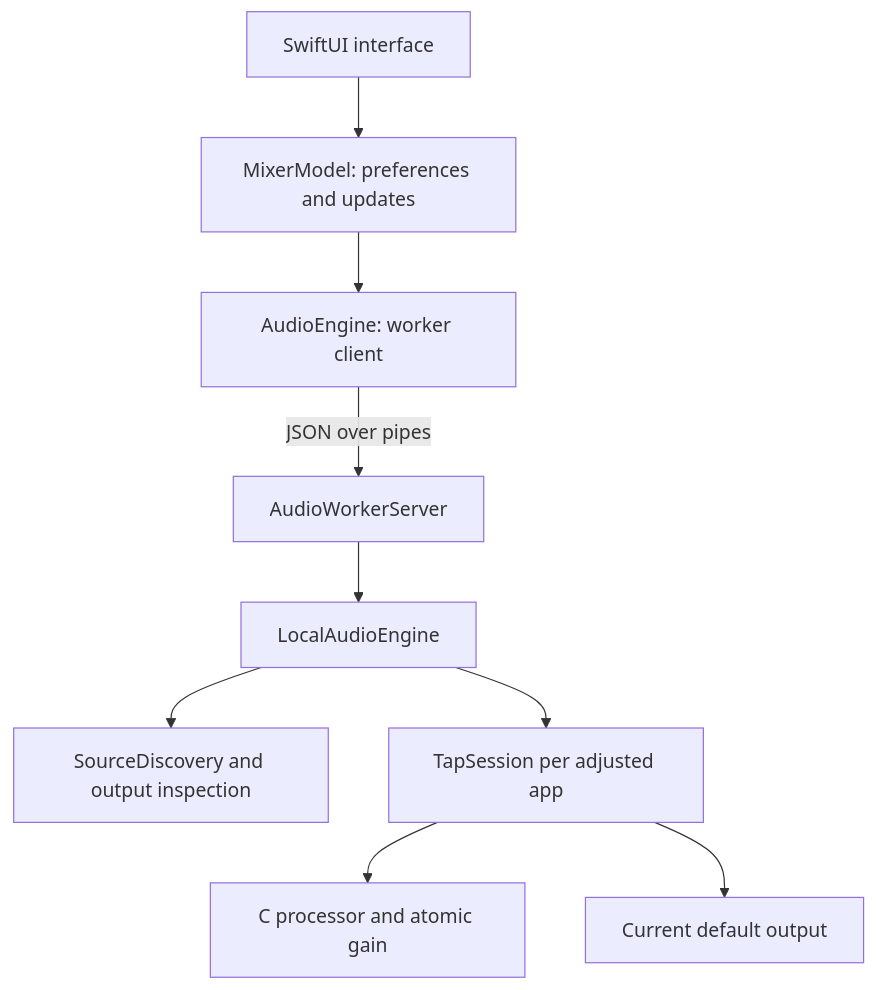
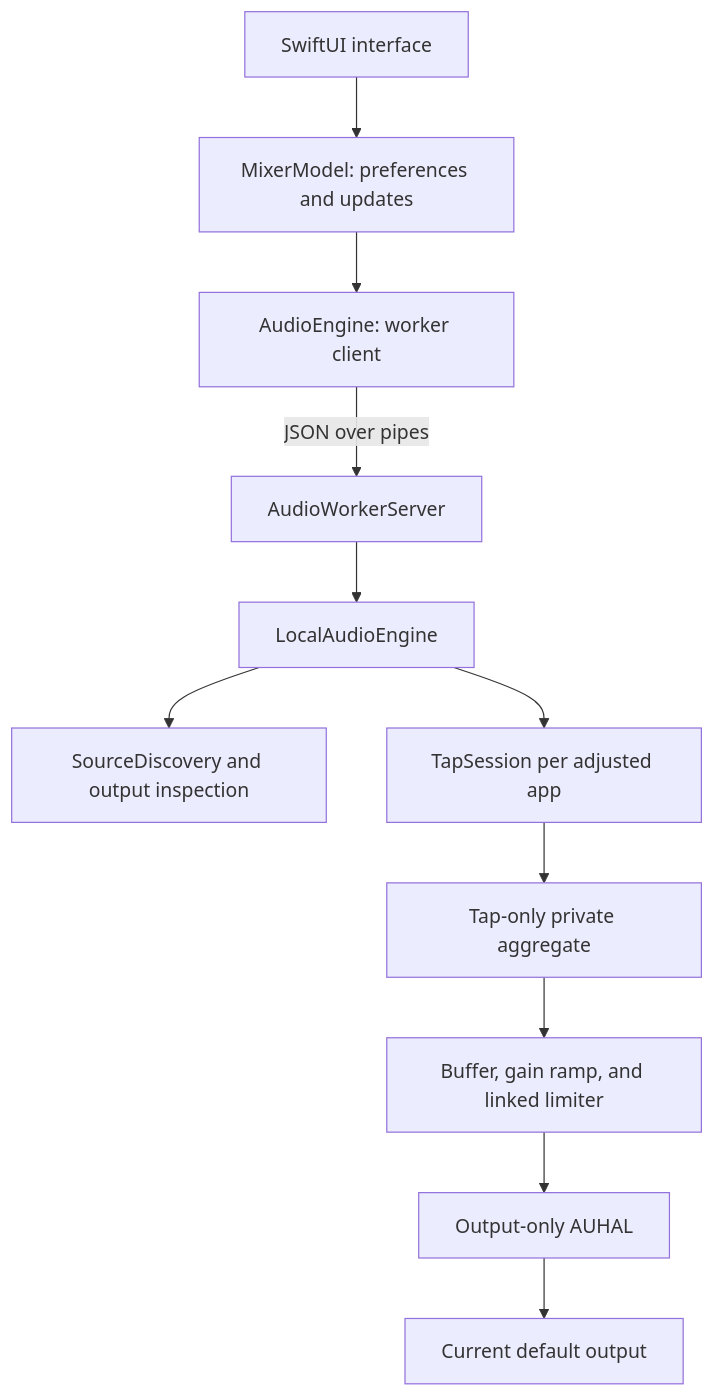
The diagram in docs/CASE_STUDY.md (HermanLL66/ai-app-building-playbook), drawn with Mermaid before and after one commit. The commit also changed other lines of this file and 32 other files, not shown here.

First line of the commit message:
Document iterative AI development with refined mixer and output-only backend

````diff
--- a/docs/CASE_STUDY.md
+++ b/docs/CASE_STUDY.md
@@ -11,11 +17,13 @@
 ```mermaid
 flowchart TD
     UI[SwiftUI interface] --> Model[MixerModel: preferences and updates]
     Model --> Client[AudioEngine: worker client]
     Client -->|JSON over pipes| Worker[AudioWorkerServer]
     Worker --> Engine[LocalAudioEngine]
     Engine --> Discovery[SourceDiscovery and output inspection]
     Engine --> Session[TapSession per adjusted app]
-    Session --> DSP[C processor and atomic gain]
-    Session --> Output[Current default output]
+    Session --> Capture[Tap-only private aggregate]
+    Capture --> DSP[Buffer, gain ramp, and linked limiter]
+    DSP --> Render[Output-only AUHAL]
+    Render --> Output[Current default output]
 ```
````
